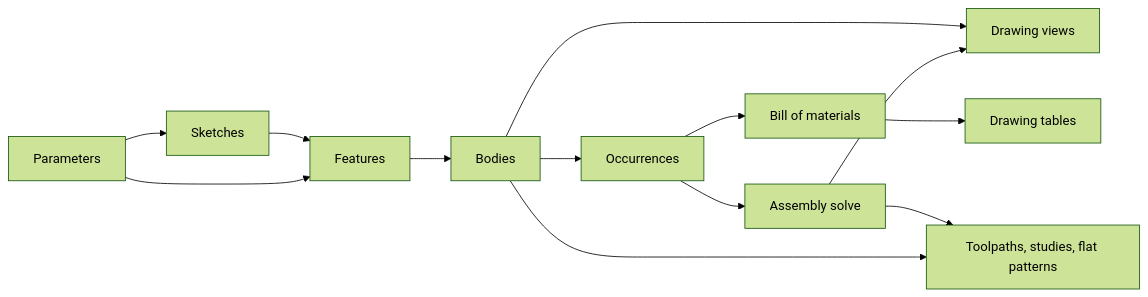
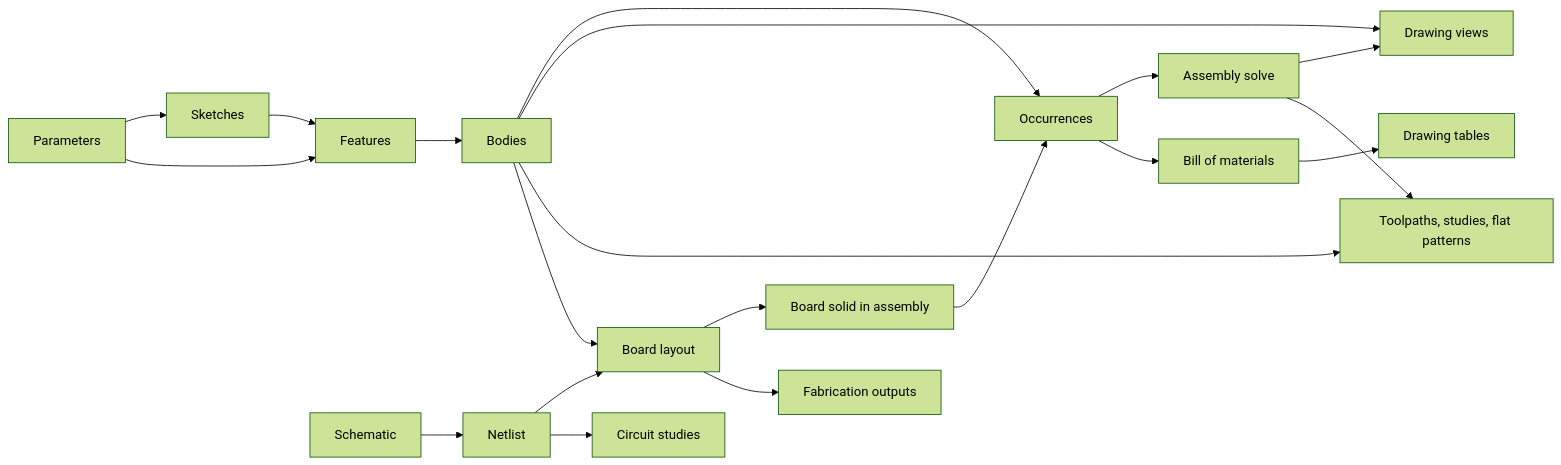
One commit to ACKaraca/solidbuilder changed the second of 2 diagrams in docs/architecture/domain-model.md. Above: the diagram before and after it, drawn with Mermaid (forest theme). The commit also changed other lines of this file and 20 other files, not shown here.

````diff
--- a/docs/architecture/domain-model.md
+++ b/docs/architecture/domain-model.md
@@ -124,15 +141,22 @@
 ```mermaid
 flowchart LR
   P[Parameters] --> S[Sketches]
   P --> F[Features]
   S --> F
   F --> B[Bodies]
   B --> O[Occurrences]
   O --> A[Assembly solve]
   A --> V[Drawing views]
   B --> V
   O --> BOM[Bill of materials]
   BOM --> T[Drawing tables]
   B --> M[Toolpaths, studies, flat patterns]
   A --> M
+  SC[Schematic] --> N[Netlist]
+  N --> PB[Board layout]
+  B --> PB
+  PB --> BM[Board solid in assembly]
+  BM --> O
+  PB --> OUT[Fabrication outputs]
+  N --> SP[Circuit studies]
 ```
````
